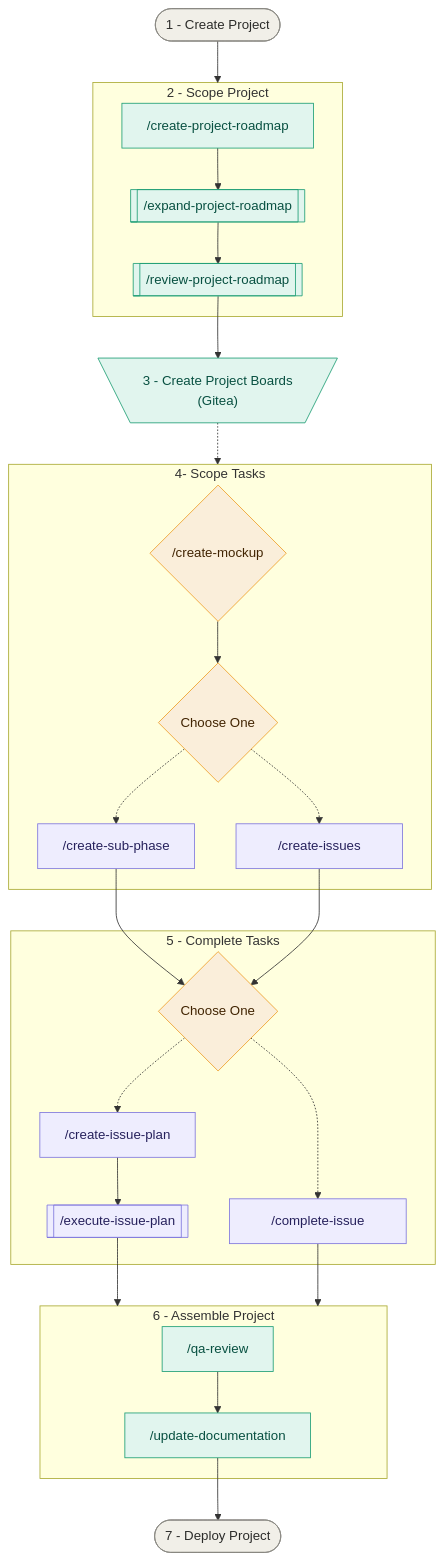
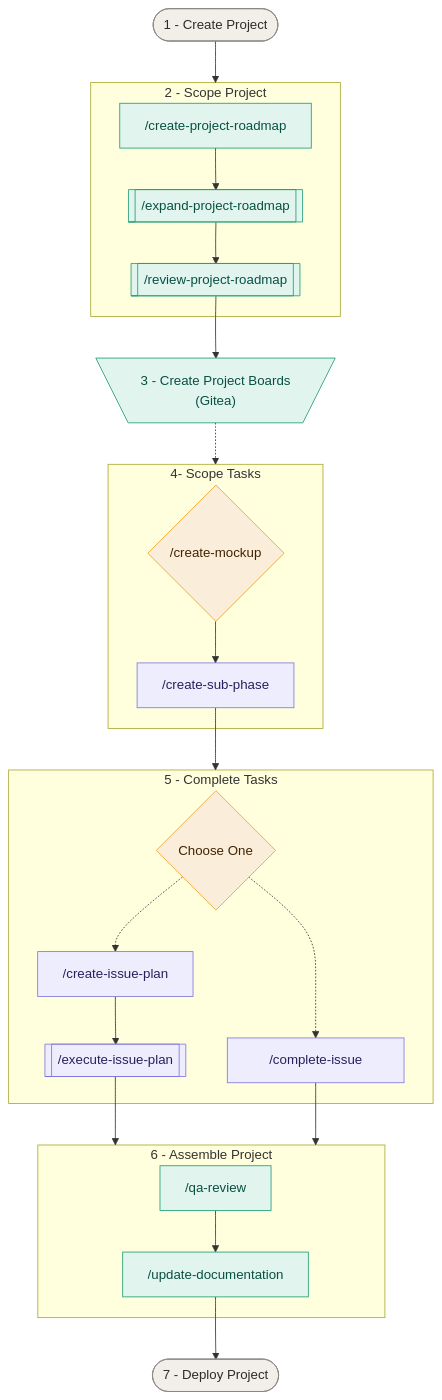
Before and after one commit to kheise-91/job-tracker: the diagram in docs/workflows/project-development.md, drawn with Mermaid. The commit also changed other lines of this file and 2 other files, not shown here.

Commit message:
Removing  skill (I haven't used it once).

````diff
--- a/docs/workflows/project-development.md
+++ b/docs/workflows/project-development.md
@@ -62,60 +62,55 @@
 ```mermaid
 flowchart TD
     Start([1 - Create Project])
     End([7 - Deploy Project])
 
     subgraph SCOPE_PROJECT["2 - Scope Project"]
         S1["/create-project-roadmap"]
         S2@{ shape: subproc, label: "/expand-project-roadmap" }
         S3@{ shape: subproc, label: "/review-project-roadmap" }
     end
 
     G1@{ shape: trap-t, label: "3 - Create Project Boards <br> (Gitea)"}
 
     subgraph SCOPE_TASKS["4-  Scope Tasks"]
         C1{"/create-mockup"}
-        C2{"Choose One"}
         TC1@{ shape: proc, label: "/create-sub-phase" }
-        TC2@{ shape: proc, label: " &emsp; /create-issues &emsp; " }
     end
 
     subgraph DEVELOPMENT["5 - Complete Tasks"]
         C3{"Choose One"}
         D1@{ shape: proc, label: "/create-issue-plan" }
         D2@{ shape: subproc, label: "/execute-issue-plan" }
         D3@{ shape: proc, label: " &emsp; /complete-issue &emsp; " }
     end
 
     subgraph ASSEMBLE["6 - Assemble Project"]
         QA["/qa-review"]
         DOC["/update-documentation"]
     end
 
     Start --> SCOPE_PROJECT
     S1 --> S2
     S2 --> S3
     S3 --> G1
     G1 -.-> SCOPE_TASKS
-    C1 --> C2
-    C2 -.-> TC1
-    C2 -.-> TC2
-    TC1 --> C3
-    TC2 --> C3
+    C1 --> TC1
+    TC1 --> DEVELOPMENT
     C3 -.-> D1
     C3 -.-> D3
     D1 --> D2
     D2 --> ASSEMBLE
     D3 --> ASSEMBLE
     QA --> DOC
     DOC --> End
 
     classDef sequential fill:#E1F5EE,stroke:#1D9E75,color:#085041
     classDef choice fill:#EEEDFE,stroke:#7F77DD,color:#26215C
     classDef decision fill:#FAEEDA,stroke:#EF9F27,color:#412402
     classDef terminal fill:#F1EFE8,stroke:#888780,color:#2C2C2A
 
     class S1,S2,S3,G1,QA,DOC sequential
     class TC1,TC2,D1,D2,D3 choice
     class C1,C2,C3 decision
     class Start,End terminal
 ```
````
